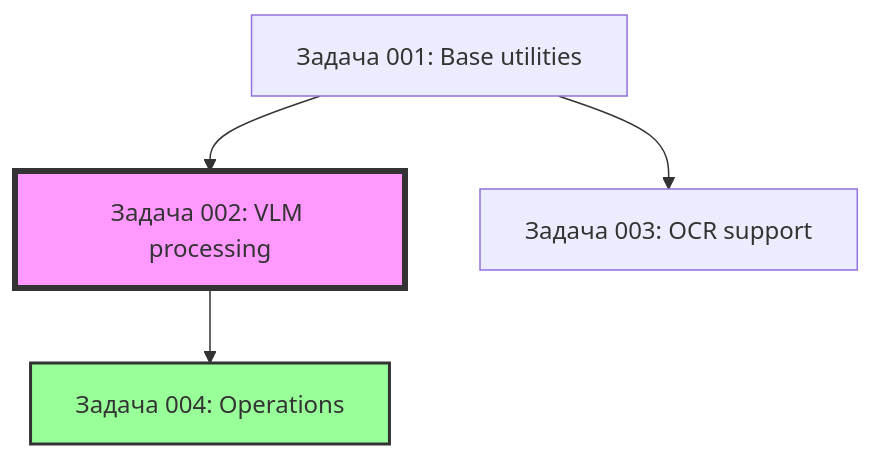
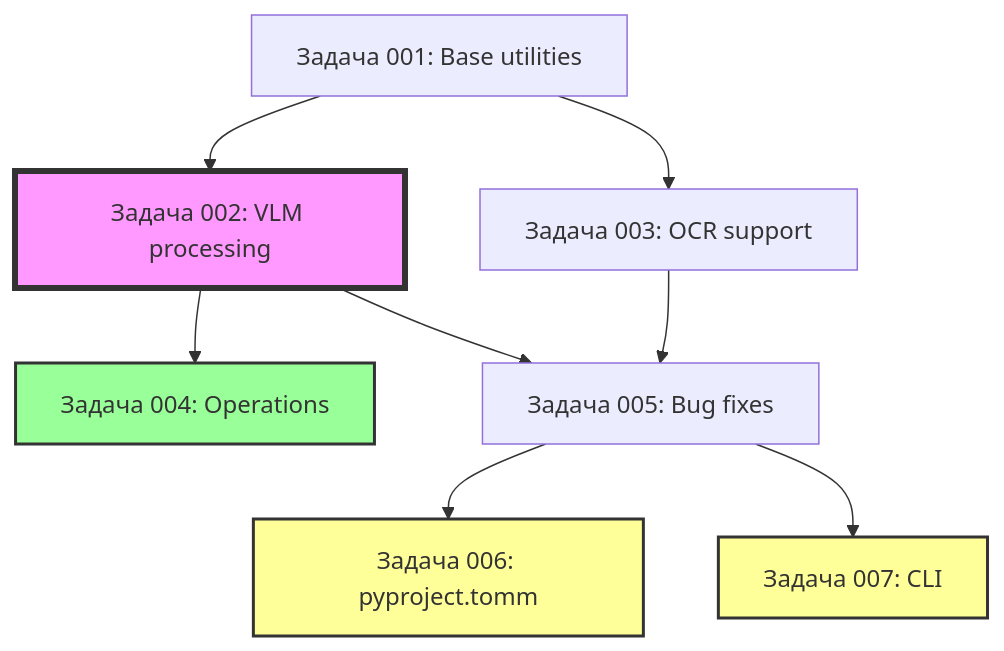
One commit to Dieugene/vlm-ocr-doc-reader changed the diagram in 00_docs/backlog.md. Above: the diagram before and after it, drawn with Mermaid. The commit also changed other lines of this file and 43 other files, not shown here.

First line of the commit message:
Add CLI interface, pyproject.toml and improve documentation

````diff
--- a/00_docs/backlog.md
+++ b/00_docs/backlog.md
@@ -116,10 +164,18 @@
 ```mermaid
 graph TD
     Z1[Задача 001: Base utilities] --> Z2[Задача 002: VLM processing]
     Z1 --> Z3[Задача 003: OCR support]
 
     Z2 --> Z4[Задача 004: Operations]
 
+    Z2 --> Z5[Задача 005: Bug fixes]
+    Z3 --> Z5
+
+    Z5 --> Z6[Задача 006: pyproject.tomm]
+    Z5 --> Z7[Задача 007: CLI]
+
     style Z2 fill:#f9f,stroke:#333,stroke-width:4px
     style Z4 fill:#9f9,stroke:#333,stroke-width:2px
+    style Z6 fill:#ff9,stroke:#333,stroke-width:2px
+    style Z7 fill:#ff9,stroke:#333,stroke-width:2px
 ```
````
